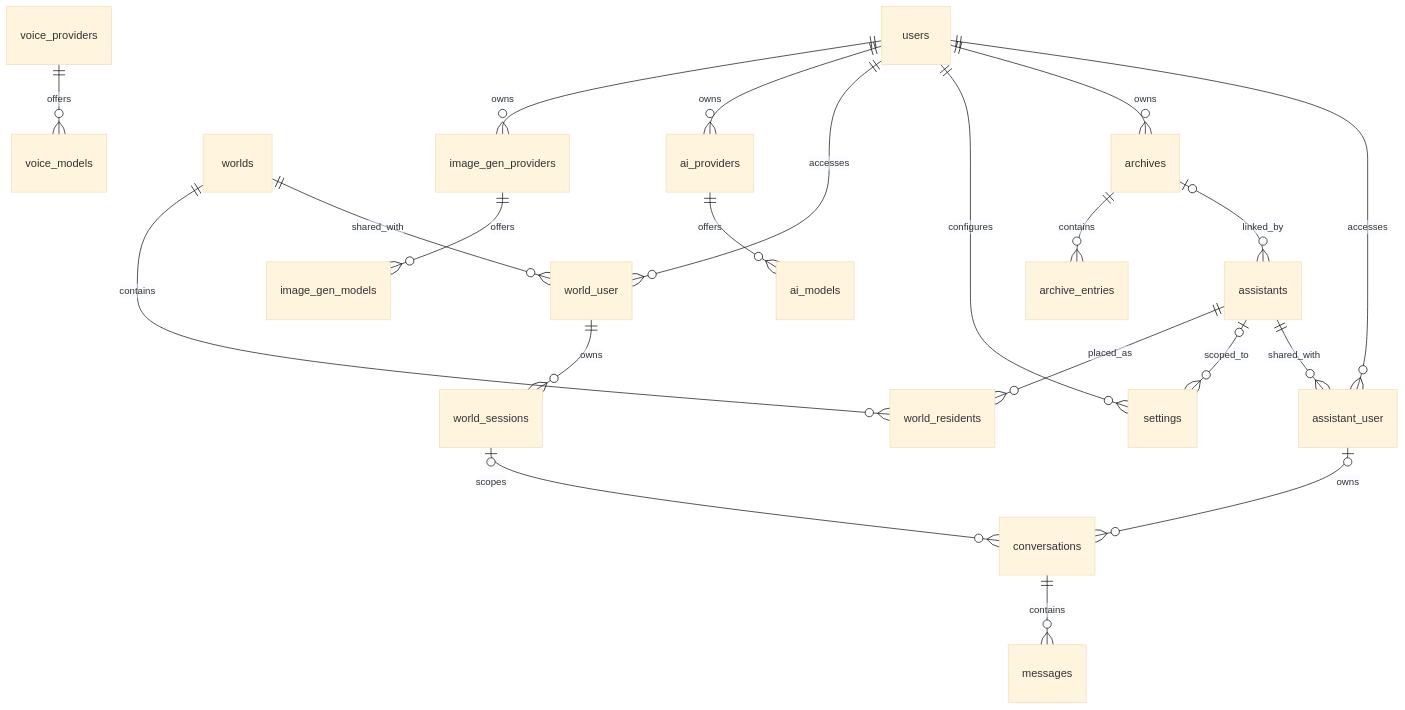
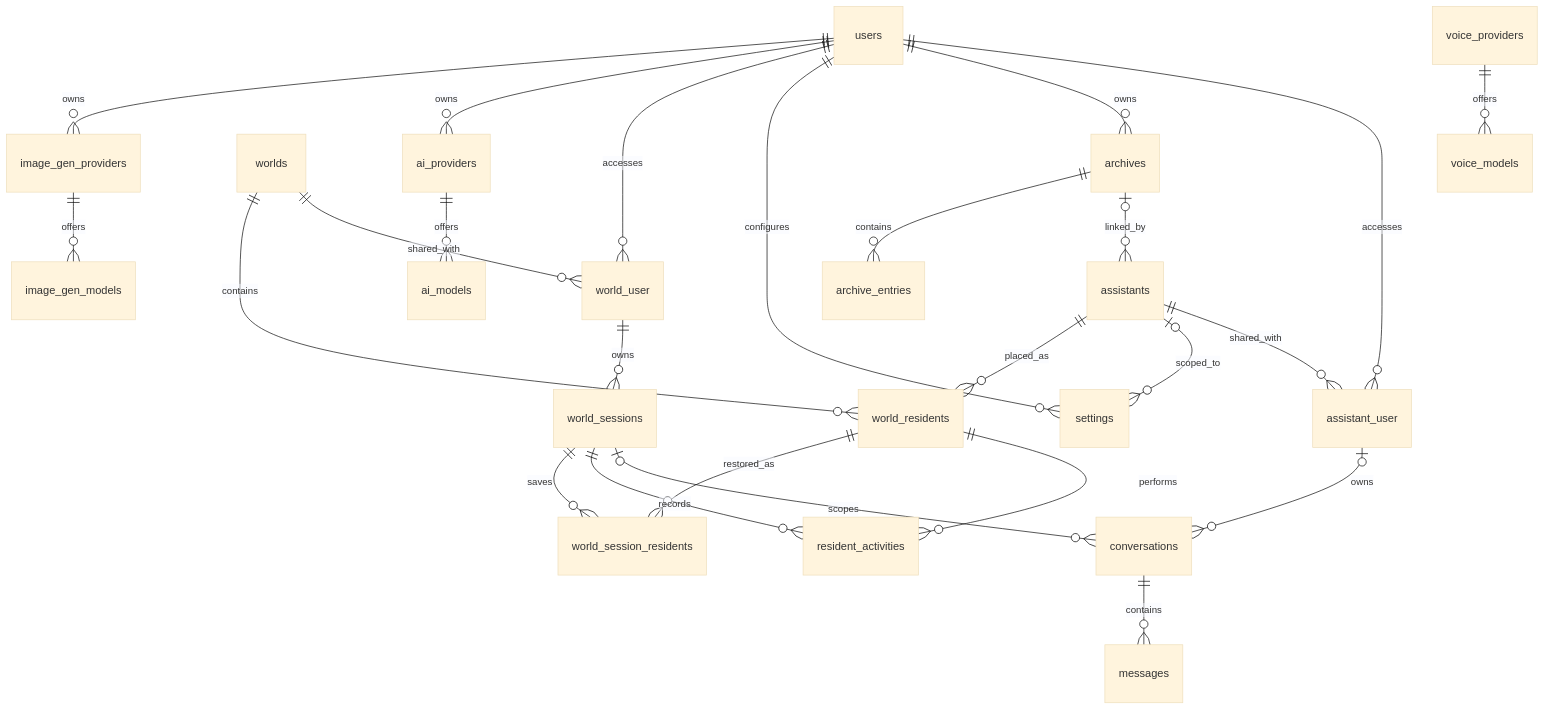
The first of 5 diagrams in docs/architecture/03-data-model.md (gaboeremita/laravel-vera), drawn with Mermaid (base theme) before and after one commit. The commit also changed other lines of this file and 37 other files, not shown here.

````diff
--- a/docs/architecture/03-data-model.md
+++ b/docs/architecture/03-data-model.md
@@ -7,23 +7,27 @@
 ```mermaid
 erDiagram
     users ||--o{ assistant_user : accesses
     assistants ||--o{ assistant_user : shared_with
     assistant_user o|--o{ conversations : owns
     conversations ||--o{ messages : contains
     archives o|--o{ assistants : linked_by
     users ||--o{ archives : owns
     archives ||--o{ archive_entries : contains
     users ||--o{ settings : configures
     assistants o|--o{ settings : scoped_to
     users ||--o{ world_user : accesses
     worlds ||--o{ world_user : shared_with
     world_user ||--o{ world_sessions : owns
     world_sessions o|--o{ conversations : scopes
     worlds ||--o{ world_residents : contains
     assistants ||--o{ world_residents : placed_as
+    world_sessions ||--o{ resident_activities : records
+    world_residents ||--o{ resident_activities : performs
+    world_sessions ||--o{ world_session_residents : saves
+    world_residents ||--o{ world_session_residents : restored_as
     users ||--o{ ai_providers : owns
     ai_providers ||--o{ ai_models : offers
     users ||--o{ image_gen_providers : owns
     image_gen_providers ||--o{ image_gen_models : offers
     voice_providers ||--o{ voice_models : offers
 ```
````
